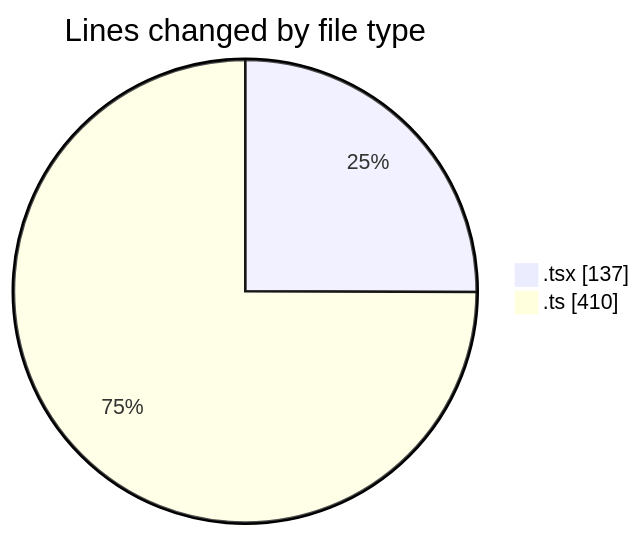
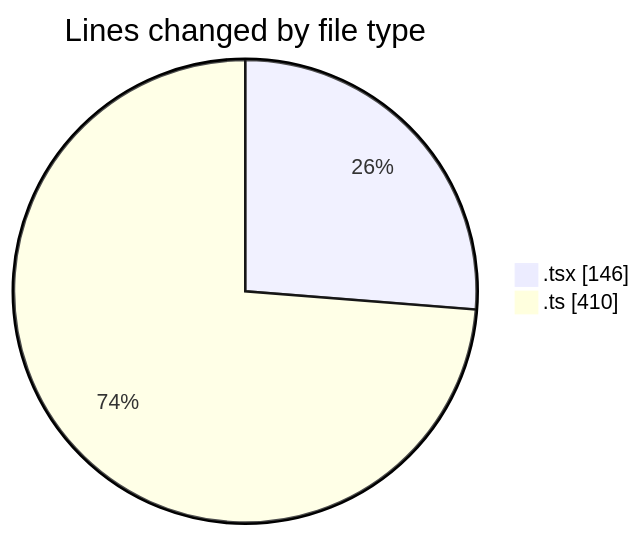
Before and after one commit to momahboobian/code-tracking: the first of 2 diagrams in 2026-03-26/cda/README.md, drawn with Mermaid. The commit also changed other lines of this file and 1 other file, not shown here.

````diff
--- a/2026-03-26/cda/README.md
+++ b/2026-03-26/cda/README.md
@@ -22,6 +22,6 @@
 ```mermaid
 pie showData
 title Lines changed by file type
-".tsx" : 137
+".tsx" : 146
 ".ts" : 410
 ```
````
